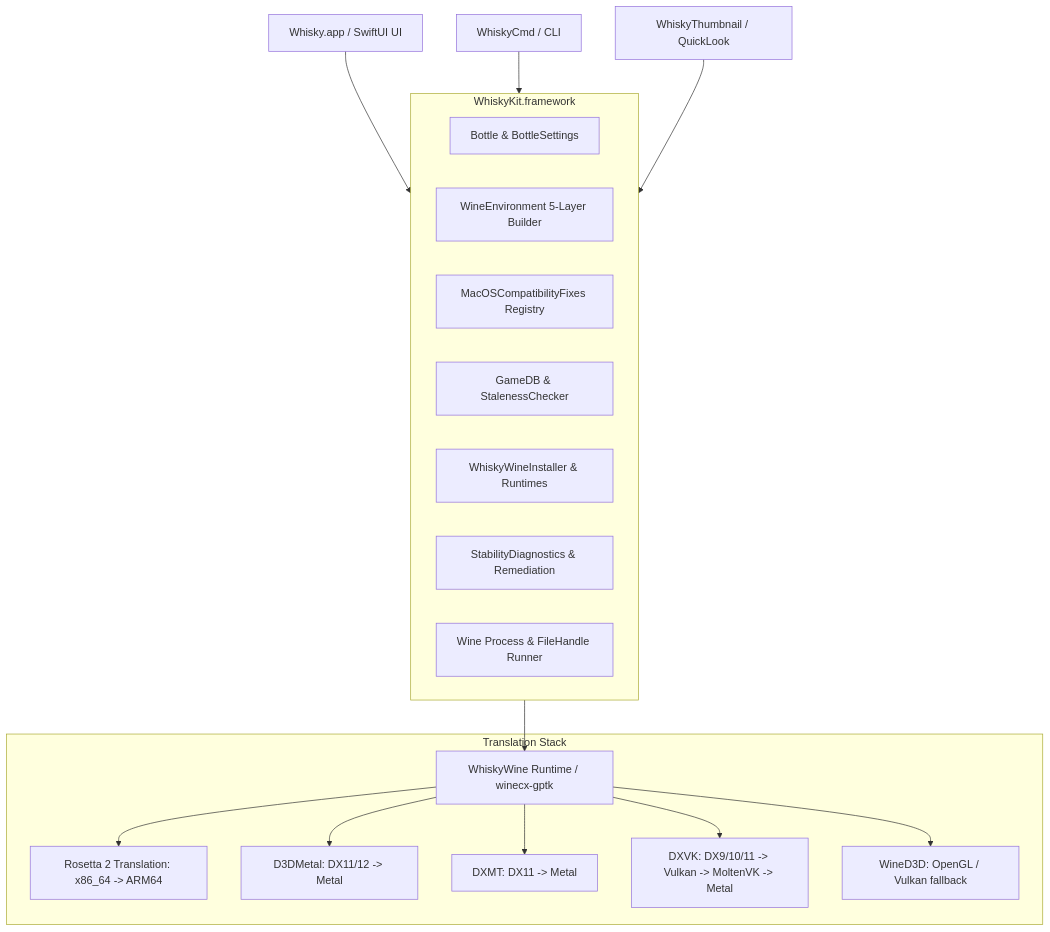
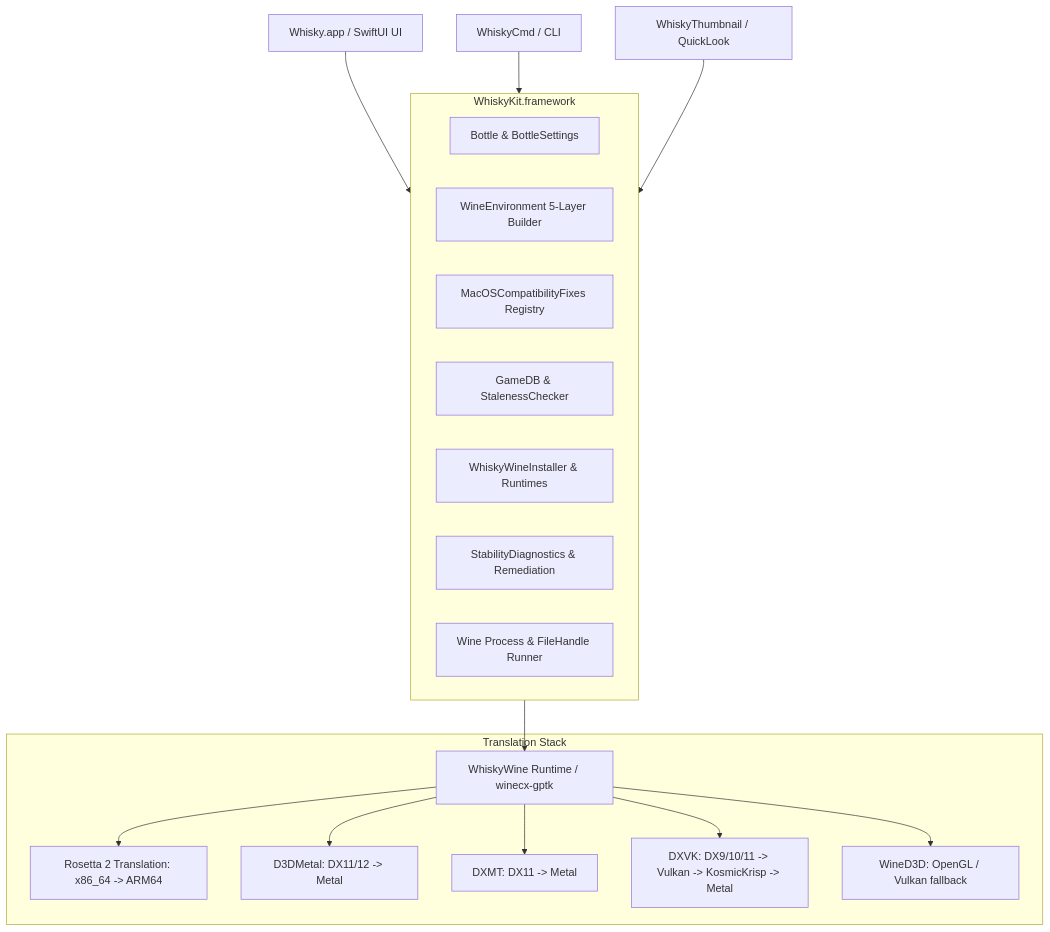
One commit to niltonperimneto/Whisky changed the diagram in AGENTS.md. Above: the diagram before and after it, drawn with Mermaid. The commit also changed other lines of this file and 20 other files, not shown here.

````diff
--- a/AGENTS.md
+++ b/AGENTS.md
@@ -60,26 +60,26 @@
 ```mermaid
 graph TD
     App[Whisky.app / SwiftUI UI] --> WhiskyKit
     CLI[WhiskyCmd / CLI] --> WhiskyKit
     Thumb[WhiskyThumbnail / QuickLook] --> WhiskyKit
     
     subgraph WhiskyKit [WhiskyKit.framework]
         VM[Bottle & BottleSettings]
         EB[WineEnvironment 5-Layer Builder]
         MC[MacOSCompatibilityFixes Registry]
         GDB[GameDB & StalenessChecker]
         WInstaller[WhiskyWineInstaller & Runtimes]
         Diag[StabilityDiagnostics & Remediation]
         WProc[Wine Process & FileHandle Runner]
     end
     
     WhiskyKit --> WineRuntime[WhiskyWine Runtime / winecx-gptk]
     
     subgraph Translation Stack
         WineRuntime --> Rosetta[Rosetta 2 Translation: x86_64 -> ARM64]
         WineRuntime --> D3DMetal[D3DMetal: DX11/12 -> Metal]
         WineRuntime --> DXMT[DXMT: DX11 -> Metal]
-        WineRuntime --> DXVK[DXVK: DX9/10/11 -> Vulkan -> MoltenVK -> Metal]
+        WineRuntime --> DXVK[DXVK: DX9/10/11 -> Vulkan -> KosmicKrisp -> Metal]
         WineRuntime --> WineD3D[WineD3D: OpenGL / Vulkan fallback]
     end
 ```
````
